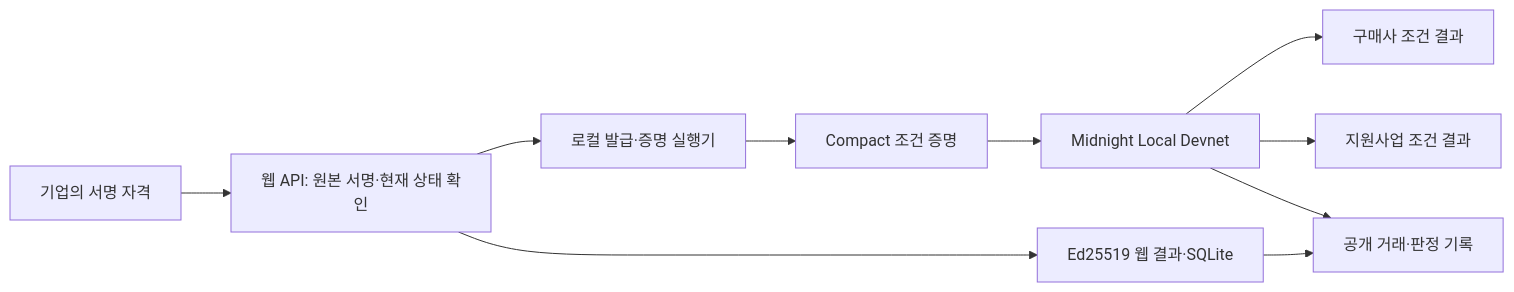
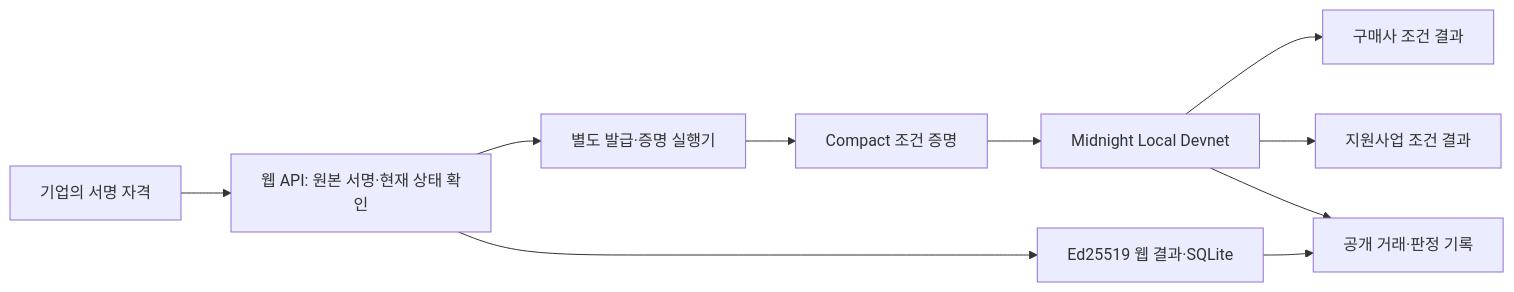
The diagram in README.md (xaikorea/midnight-korea-hackathon-2026), drawn with Mermaid before and after one commit. The commit also changed other lines of this file and 74 other files, not shown here.

````diff
--- a/README.md
+++ b/README.md
@@ -94,12 +94,12 @@
 ```mermaid
 flowchart LR
   A[기업의 서명 자격] --> B[웹 API: 원본 서명·현재 상태 확인]
-  B --> C[로컬 발급·증명 실행기]
+  B --> C[별도 발급·증명 실행기]
   C --> D[Compact 조건 증명]
   D --> E[Midnight Local Devnet]
   E --> F[구매사 조건 결과]
   E --> G[지원사업 조건 결과]
   B --> H[Ed25519 웹 결과·SQLite]
   E --> I[공개 거래·판정 기록]
   H --> I
 ```
````
